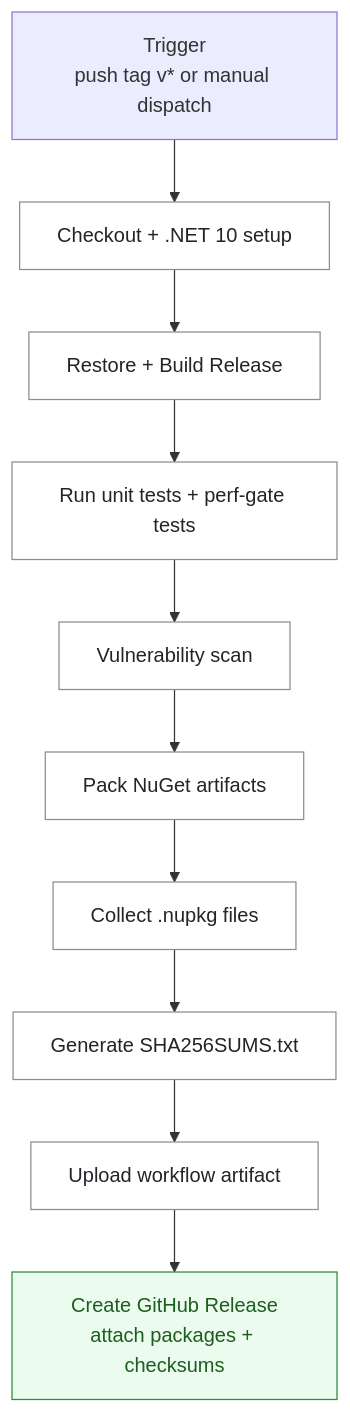
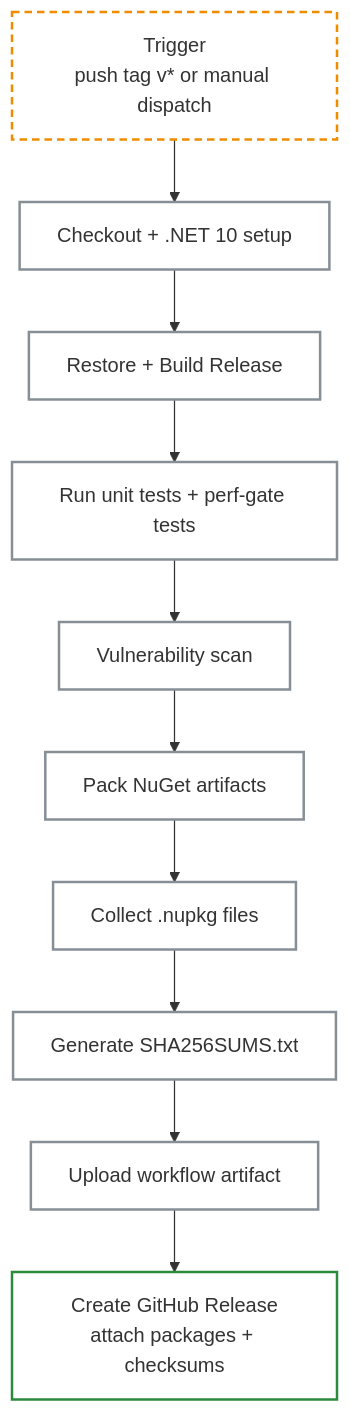
Before and after one commit to haxxornulled/VapeCache: the third of 4 diagrams in docs/WORKFLOWS.md, drawn with Mermaid. The commit also changed other lines of this file and 1 other file, not shown here.

Commit message:
docs(diagrams): tune mermaid styling for light/dark github themes

````diff
--- a/docs/WORKFLOWS.md
+++ b/docs/WORKFLOWS.md
@@ -66,16 +68,16 @@
 ```mermaid
 flowchart TB
-    classDef step fill:#ffffff,stroke:#868e96,stroke-width:1px,color:#212529
-    classDef gate fill:#fff3bf,stroke:#f08c00,stroke-width:1px,color:#7c4d00
-    classDef done fill:#ebfbee,stroke:#2b8a3e,stroke-width:1px,color:#1b5e20
+    classDef step fill:transparent,stroke:#868e96,stroke-width:2px
+    classDef gate fill:transparent,stroke:#f08c00,stroke-width:2px,stroke-dasharray: 6 4
+    classDef done fill:transparent,stroke:#2b8a3e,stroke-width:2px
 
-    A[Trigger<br/>push tag v* or manual dispatch] --> B[Checkout + .NET 10 setup]:::step
+    A[Trigger<br/>push tag v* or manual dispatch]:::gate --> B[Checkout + .NET 10 setup]:::step
     B --> C[Restore + Build Release]:::step
     C --> D[Run unit tests + perf-gate tests]:::step
     D --> E[Vulnerability scan]:::step
     E --> F[Pack NuGet artifacts]:::step
     F --> G[Collect .nupkg files]:::step
     G --> H[Generate SHA256SUMS.txt]:::step
     H --> I[Upload workflow artifact]:::step
     I --> J[Create GitHub Release<br/>attach packages + checksums]:::done
 ```
````
